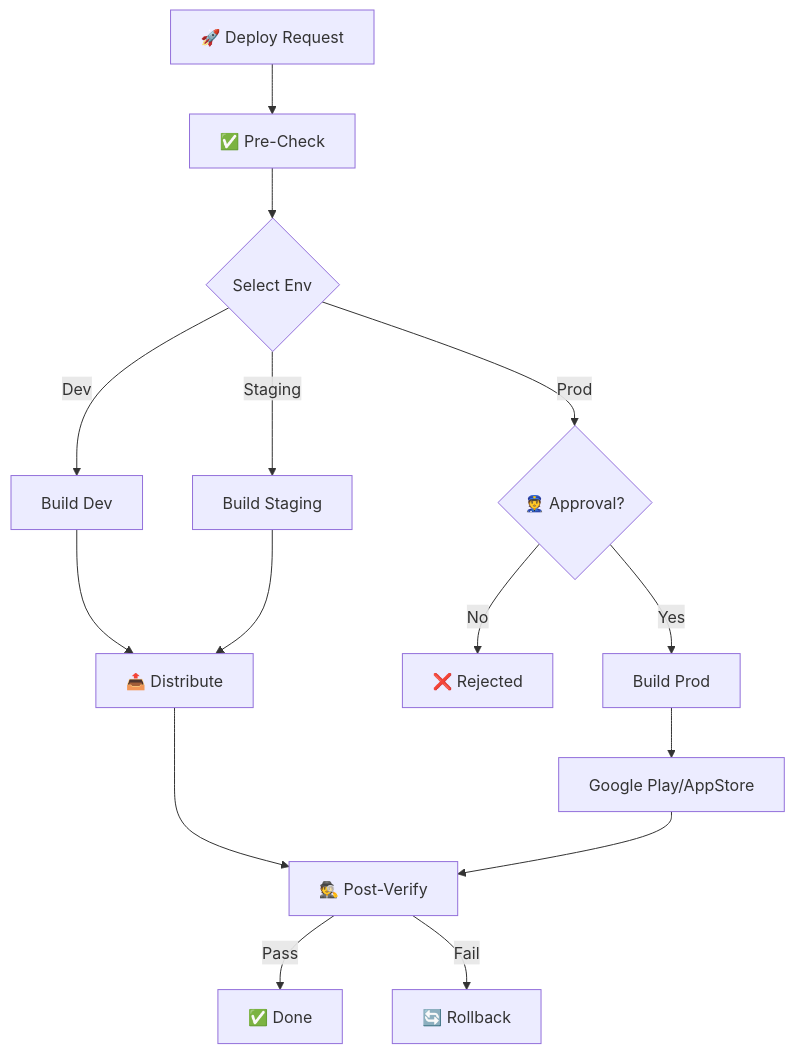
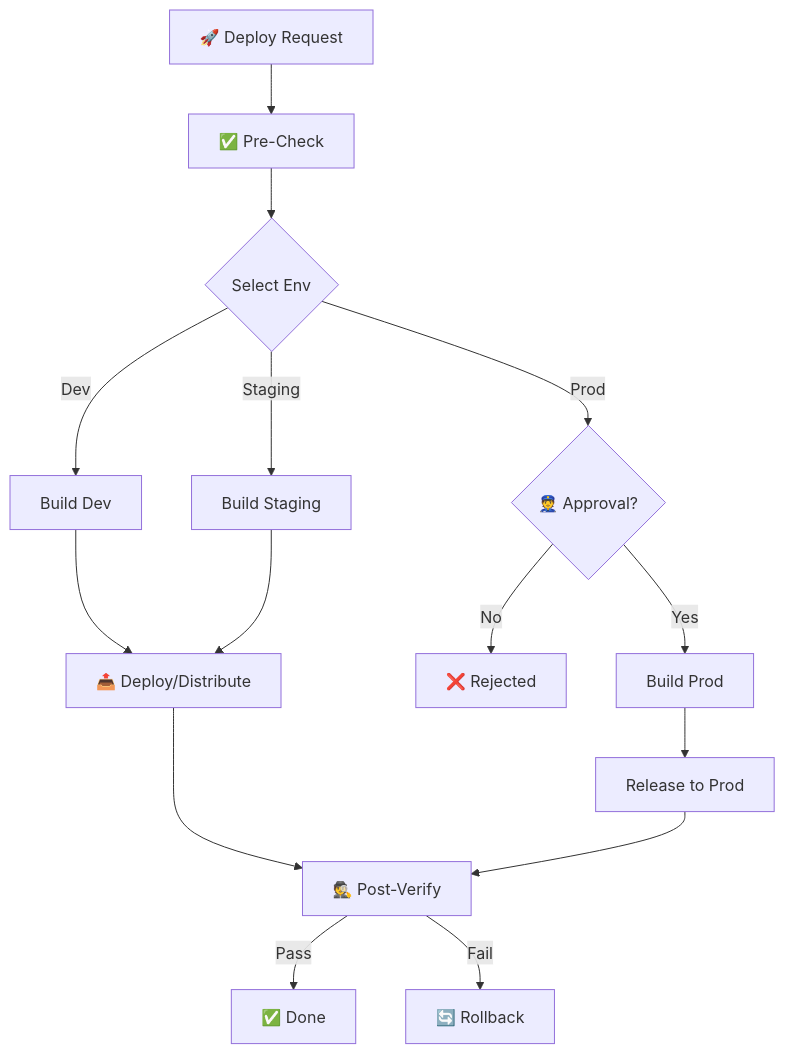
One commit to leetuanbmt/development-workflow changed the diagram in core/workflows/ops/deploy.md. Above: the diagram before and after it, drawn with Mermaid. The commit also changed other lines of this file and 85 other files, not shown here.

````diff
--- a/core/workflows/ops/deploy.md
+++ b/core/workflows/ops/deploy.md
@@ -18,17 +18,17 @@
 ```mermaid
 graph TD
     Start[🚀 Deploy Request] --> Check[✅ Pre-Check]
     Check --> Env{Select Env}
     Env -->|Dev| BuildDev[Build Dev]
     Env -->|Staging| BuildStg[Build Staging]
     Env -->|Prod| Approval{👮 Approval?}
     Approval -->|Yes| BuildProd[Build Prod]
     Approval -->|No| Stop[❌ Rejected]
-    BuildDev --> Distribute[📤 Distribute]
+    BuildDev --> Distribute[📤 Deploy/Distribute]
     BuildStg --> Distribute
-    BuildProd --> Upload[Google Play/AppStore]
+    BuildProd --> Upload[Release to Prod]
     Distribute --> Verify[🕵️ Post-Verify]
     Upload --> Verify
     Verify -->|Pass| Success[✅ Done]
     Verify -->|Fail| Rollback[🔄 Rollback]
 ```
````
